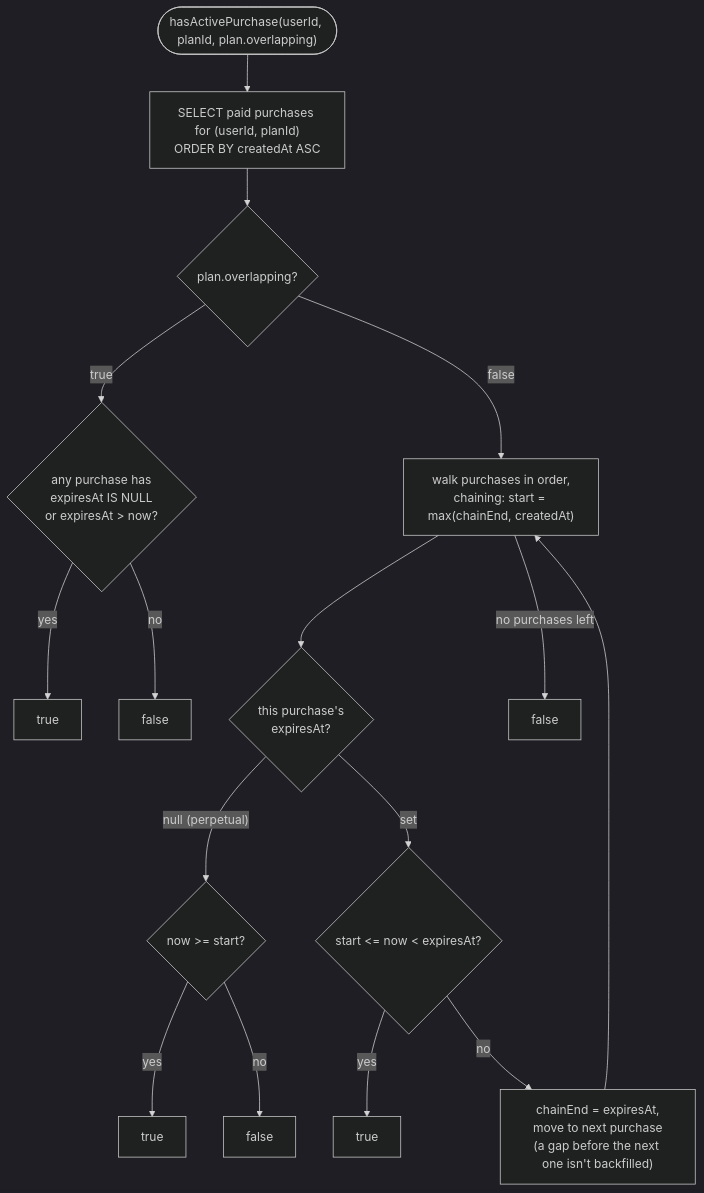
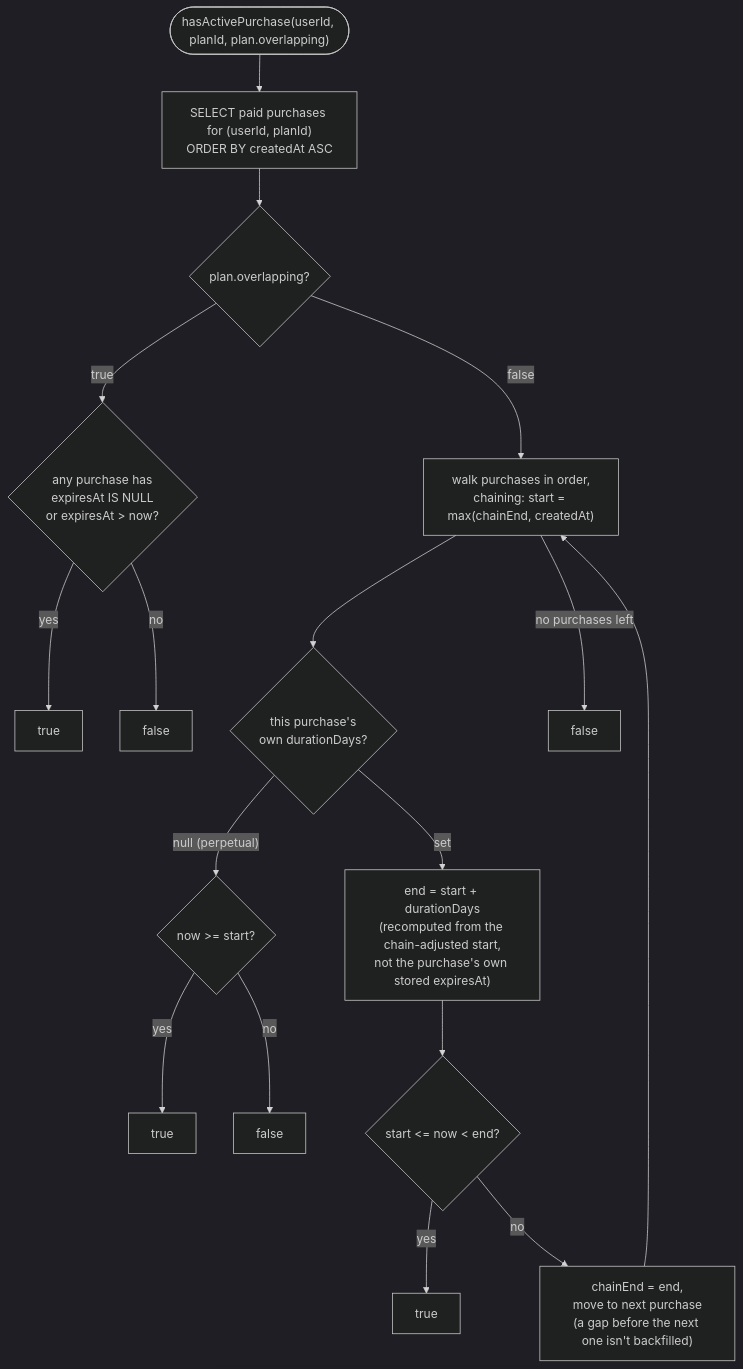
One commit to FranciscoAVD/backend changed the seventh of 7 diagrams in src/features/payments/CONTROL_FLOW.md. Above: the diagram before and after it, drawn with Mermaid (dark theme). The commit also changed other lines of this file and 30 other files, not shown here.

````diff
--- a/src/features/payments/CONTROL_FLOW.md
+++ b/src/features/payments/CONTROL_FLOW.md
@@ -165,20 +242,21 @@
 ```mermaid
 flowchart TD
     Start(["hasActivePurchase(userId, planId, plan.overlapping)"]) --> Fetch["SELECT paid purchases for (userId, planId)\nORDER BY createdAt ASC"]
     Fetch --> Overlap{"plan.overlapping?"}
 
     Overlap -- true --> AnyActive{"any purchase has\nexpiresAt IS NULL\nor expiresAt > now?"}
     AnyActive -- yes --> True1["true"]
     AnyActive -- no --> False1["false"]
 
     Overlap -- false --> Walk["walk purchases in order,\nchaining: start = max(chainEnd, createdAt)"]
-    Walk --> PerExpiry{"this purchase's\nexpiresAt?"}
-    PerExpiry -- "null (perpetual)" --> NowPast{"now >= start?"}
+    Walk --> PerDuration{"this purchase's\nown durationDays?"}
+    PerDuration -- "null (perpetual)" --> NowPast{"now >= start?"}
     NowPast -- yes --> True2["true"]
     NowPast -- no --> False2["false"]
-    PerExpiry -- "set" --> InWindow{"start <= now < expiresAt?"}
+    PerDuration -- "set" --> Recompute["end = start + durationDays\n(recomputed from the chain-adjusted start,\nnot the purchase's own stored expiresAt)"]
+    Recompute --> InWindow{"start <= now < end?"}
     InWindow -- yes --> True3["true"]
-    InWindow -- no --> Advance["chainEnd = expiresAt,\nmove to next purchase\n(a gap before the next one isn't backfilled)"]
+    InWindow -- no --> Advance["chainEnd = end,\nmove to next purchase\n(a gap before the next one isn't backfilled)"]
     Advance --> Walk
     Walk -->|no purchases left| False3["false"]
 ```
````
